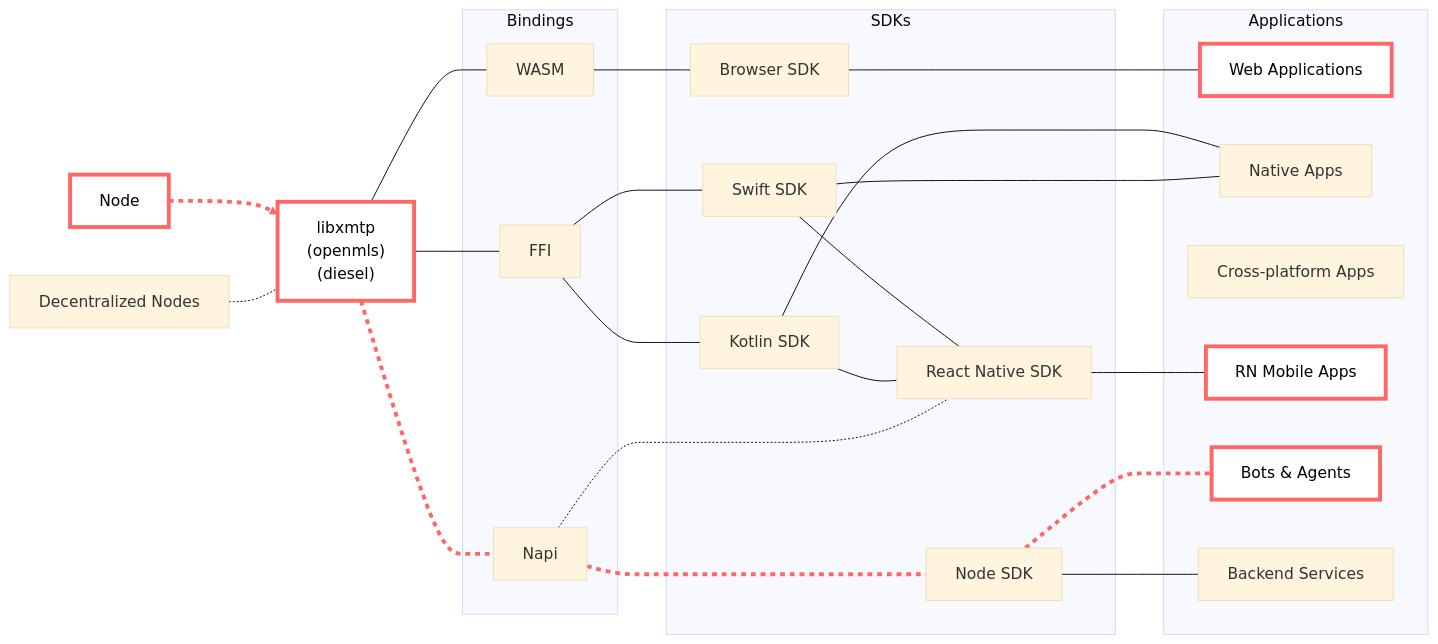
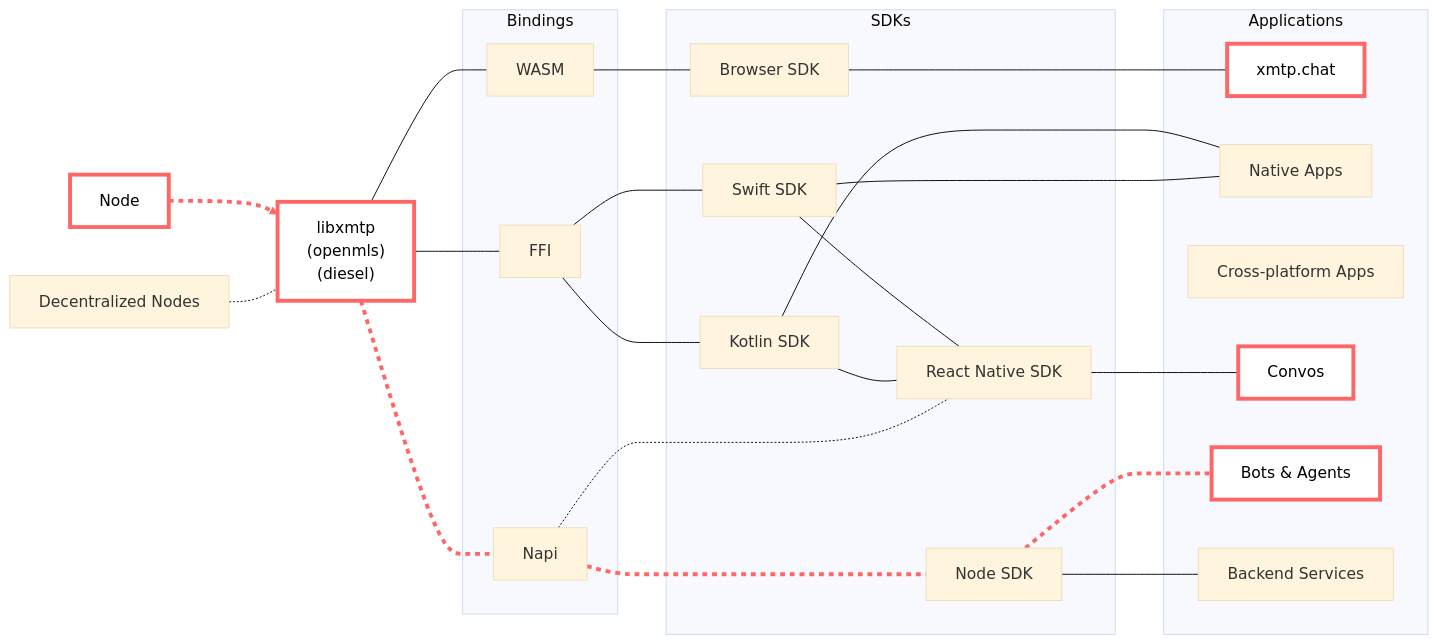
One commit to xmtp/xmtp-qa-tools changed the diagram in README.md. Above: the diagram before and after it, drawn with Mermaid (base theme).

Commit message:
architecture

````diff
--- a/README.md
+++ b/README.md
@@ -20,57 +20,57 @@
 ```mermaid
 flowchart LR
   %% Core components and bindings
   subgraph Bindings["Bindings"]
     wasm["WASM"]
     ffi["FFI"]
     napi["Napi"]
   end
 
   subgraph SDKs["SDKs"]
     browserSDK["Browser SDK"]
     swiftSDK["Swift SDK"]
     kotlinSDK["Kotlin SDK"]
     reactNativeSDK["React Native SDK"]
     nodesdk["Node SDK"]
   end
 
   subgraph Applications["Applications"]
-    webApps["Web Applications"]
+    webApps["xmtp.chat"]
     mobileApps["Native Apps"]
     crossPlatformApps["Cross-platform Apps"]
-    messagingApps["RN Mobile Apps"]
+    messagingApps["Convos"]
     botAgents["Bots & Agents"]
     backendServices["Backend Services"]
   end
 
   centralNode["Node"] --> libxmtp["libxmtp<br>(openmls)<br>(diesel)"]
   libxmtp --- wasm
   libxmtp --- ffi
   kotlinSDK --- mobileApps
   libxmtp --- napi
 
   wasm --- browserSDK
   ffi --- swiftSDK
   ffi --- kotlinSDK
 
   swiftSDK --- reactNativeSDK
   kotlinSDK --- reactNativeSDK
 
   browserSDK --- webApps
 
   swiftSDK --- mobileApps
 
   napi --- nodesdk
   nodesdk --- botAgents
   nodesdk --- backendServices
 
   decentralNode["Decentralized Nodes"] -.- libxmtp
 
 
   reactNativeSDK --- messagingApps
   napi -.- reactNativeSDK
 
   linkStyle 0,4,12,13 stroke:#f66,stroke-width:4px,stroke-dasharray: 5,5;
   classDef highlightStroke fill:#fff,stroke:#f66,color:#000,stroke-width:4px;
   class centralNode,libxmtp,webApps,messagingApps,botAgents highlightStroke;
 ```
````
